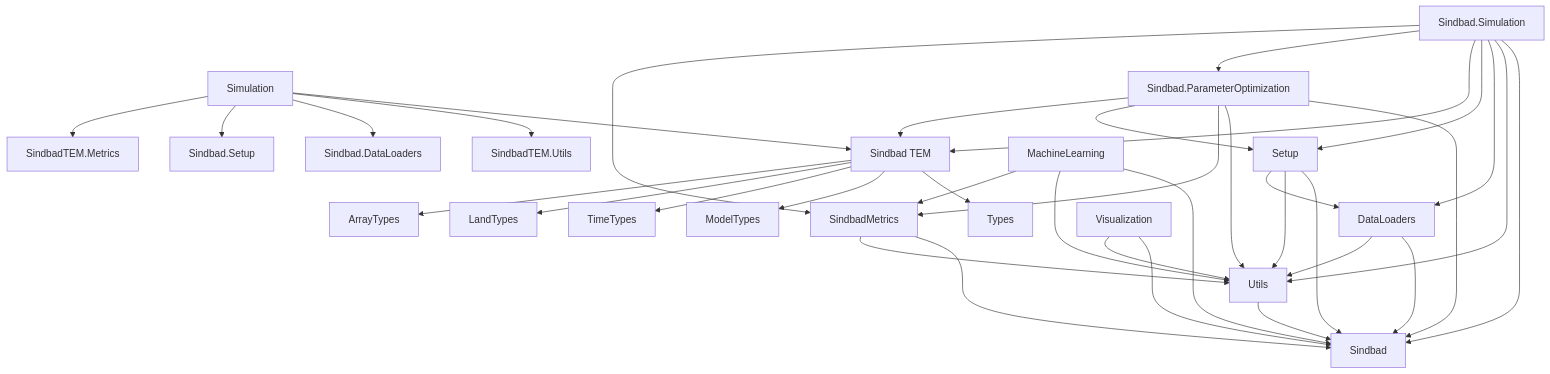
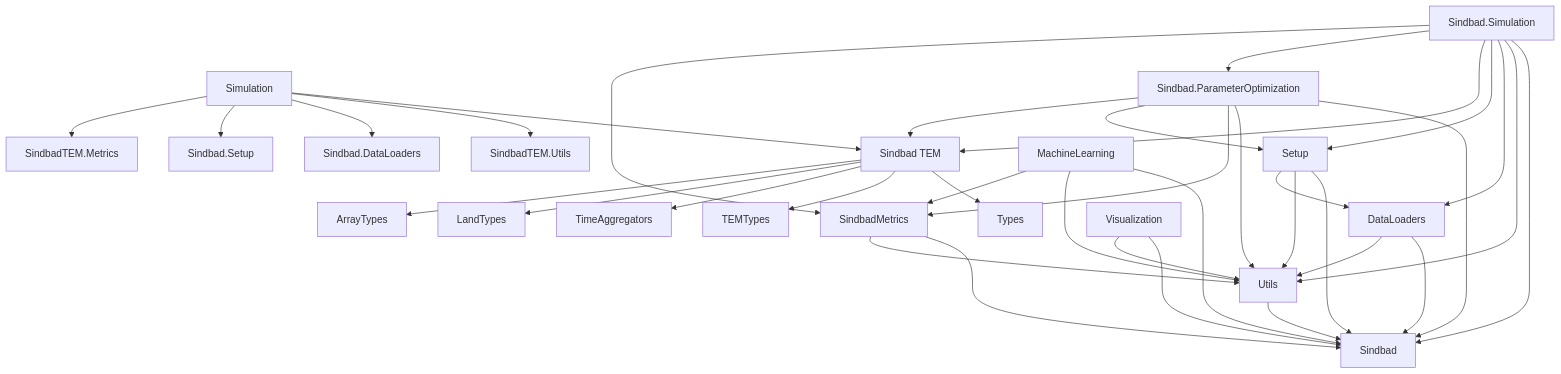
Before and after one commit to LandEcosystems/Sindbad: the diagram in docs/src/pages/code/overview.md, drawn with Mermaid. The commit also changed 6 other files, not shown here.

````diff
--- a/docs/src/pages/code/overview.md
+++ b/docs/src/pages/code/overview.md
@@ -70,50 +70,50 @@
 ```mermaid
 graph TD
     %% Main Sindbad package
     SindbadTEM[Sindbad TEM] --> Types[Types]
     
     %% Core dependencies
-    SindbadTEM --> ModelTypes[ModelTypes]
-    SindbadTEM --> TimeTypes[TimeTypes]
+    SindbadTEM --> TEMTypes[TEMTypes]
+    SindbadTEM --> TimeAggregators[TimeAggregators]
     SindbadTEM --> LandTypes[LandTypes]
     SindbadTEM --> ArrayTypes[ArrayTypes]
     
     %% Lib packages
     Utils[Utils] --> Sindbad
     DataLoaders[DataLoaders] --> Sindbad
     DataLoaders --> Utils
     
     Setup[Setup] --> Sindbad
     Setup --> Utils
     Setup --> DataLoaders
     
     SindbadMetrics[SindbadMetrics] --> Sindbad
     SindbadMetrics --> Utils
     
     Simulation[Simulation] --> SindbadTEM
     Simulation --> SindbadTEM.Utils
     Simulation --> Sindbad.DataLoaders
     Simulation --> Sindbad.Setup
     Simulation --> SindbadTEM.Metrics
     
     Sindbad.ParameterOptimization[Sindbad.ParameterOptimization] --> Sindbad
     Sindbad.ParameterOptimization --> Utils
     Sindbad.ParameterOptimization --> SindbadMetrics
     Sindbad.ParameterOptimization --> Setup
     Sindbad.ParameterOptimization --> SindbadTEM
     
     MachineLearning[MachineLearning] --> Sindbad
     MachineLearning --> Utils
     MachineLearning --> SindbadMetrics
     
     Visualization[Visualization] --> Sindbad
     Visualization --> Utils
     
     Sindbad.Simulation[Sindbad.Simulation] --> Sindbad
     Sindbad.Simulation --> Utils
     Sindbad.Simulation --> DataLoaders
     Sindbad.Simulation --> Setup
     Sindbad.Simulation --> SindbadTEM
     Sindbad.Simulation --> Sindbad.ParameterOptimization
     Sindbad.Simulation --> SindbadMetrics    
 ```
````
